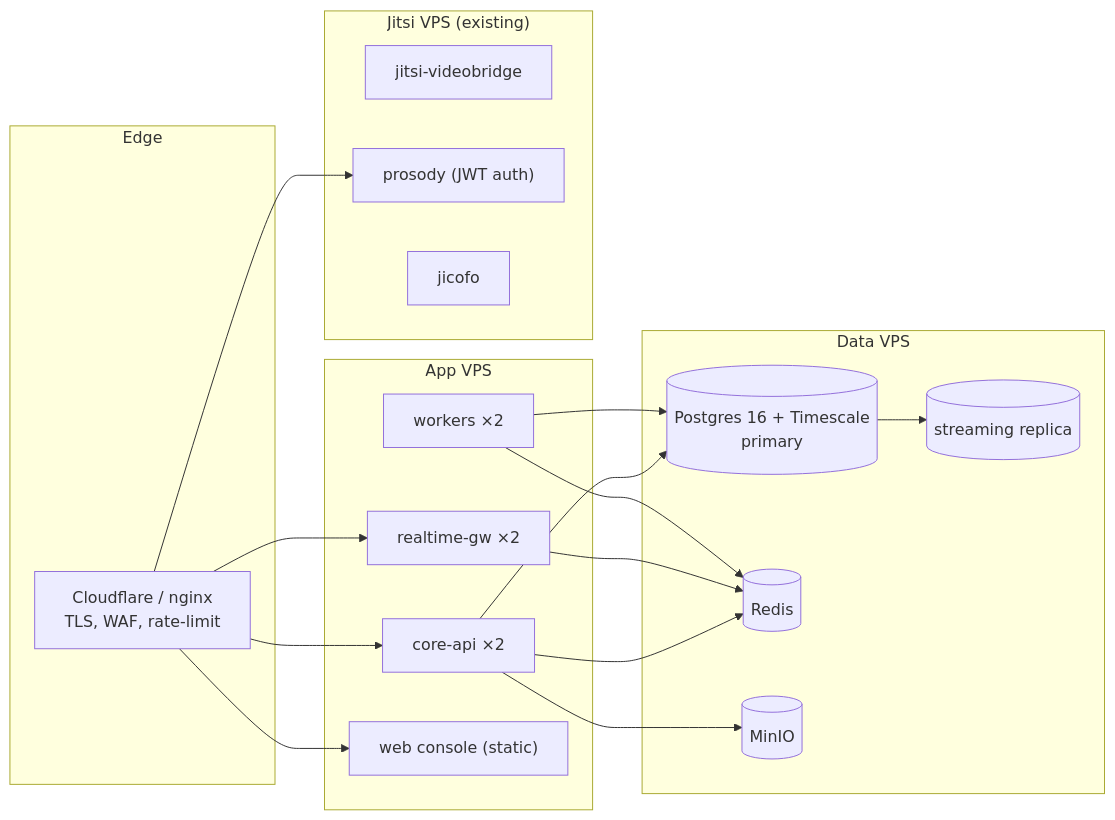
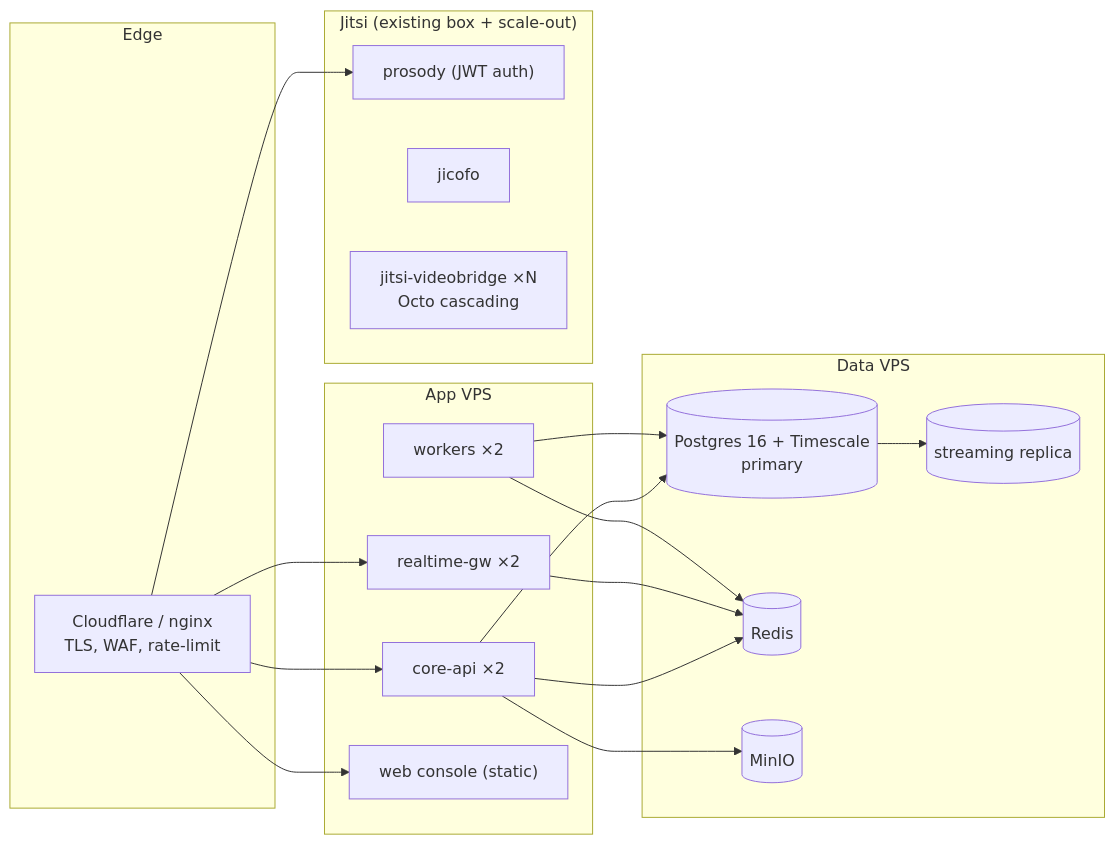
Before and after one commit to ramsayusa-git/ai-coworker: the seventh of 7 diagrams in Aetos One Medical Hub/Aetos-One-Medical-Hub-Architecture.md, drawn with Mermaid. The commit also changed other lines of this file and 18 other files, not shown here.

````diff
--- a/Aetos One Medical Hub/Aetos-One-Medical-Hub-Architecture.md
+++ b/Aetos One Medical Hub/Aetos-One-Medical-Hub-Architecture.md
@@ -1086,34 +1153,34 @@
 ```mermaid
 flowchart LR
     subgraph Edge
         CF["Cloudflare / nginx<br/>TLS, WAF, rate-limit"]
     end
     subgraph AppHost["App VPS"]
         API1["core-api ×2"]
         RT1["realtime-gw ×2"]
         WRK1["workers ×2"]
         WEB["web console (static)"]
     end
     subgraph DataHost["Data VPS"]
         PG[("Postgres 16 + Timescale<br/>primary")]
         PGR[("streaming replica")]
         RD[("Redis")]
         MIN[("MinIO")]
     end
-    subgraph MediaHost["Jitsi VPS (existing)"]
-        JVB["jitsi-videobridge"]
+    subgraph MediaHost["Jitsi (existing box + scale-out)"]
         PROS["prosody (JWT auth)"]
         JIC["jicofo"]
+        JVB["jitsi-videobridge ×N<br/>Octo cascading"]
     end
     CF --> API1
     CF --> RT1
     CF --> WEB
     CF --> PROS
     API1 --> PG
     API1 --> RD
     API1 --> MIN
     RT1 --> RD
     WRK1 --> PG
     WRK1 --> RD
     PG --> PGR
 ```
````
